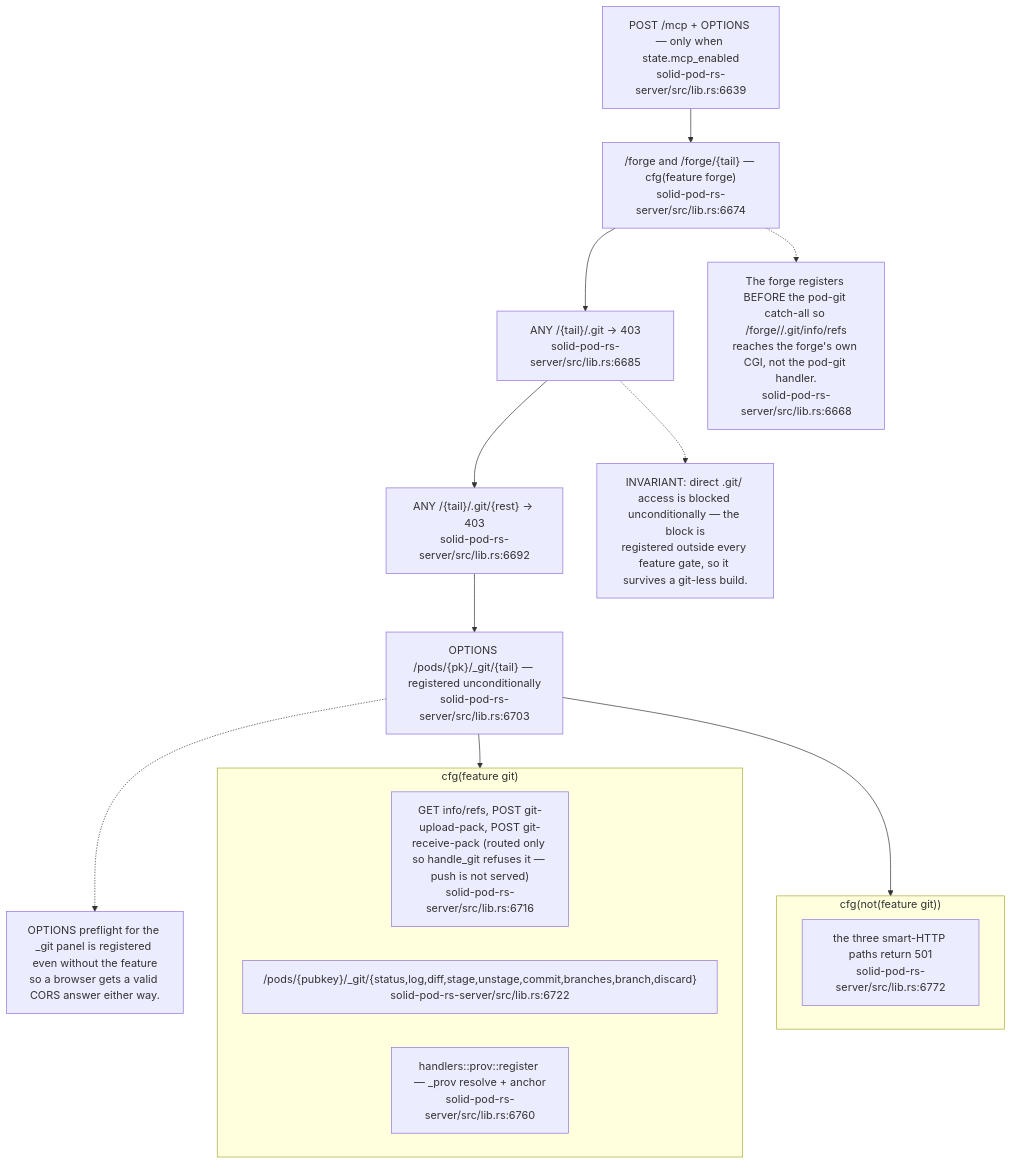
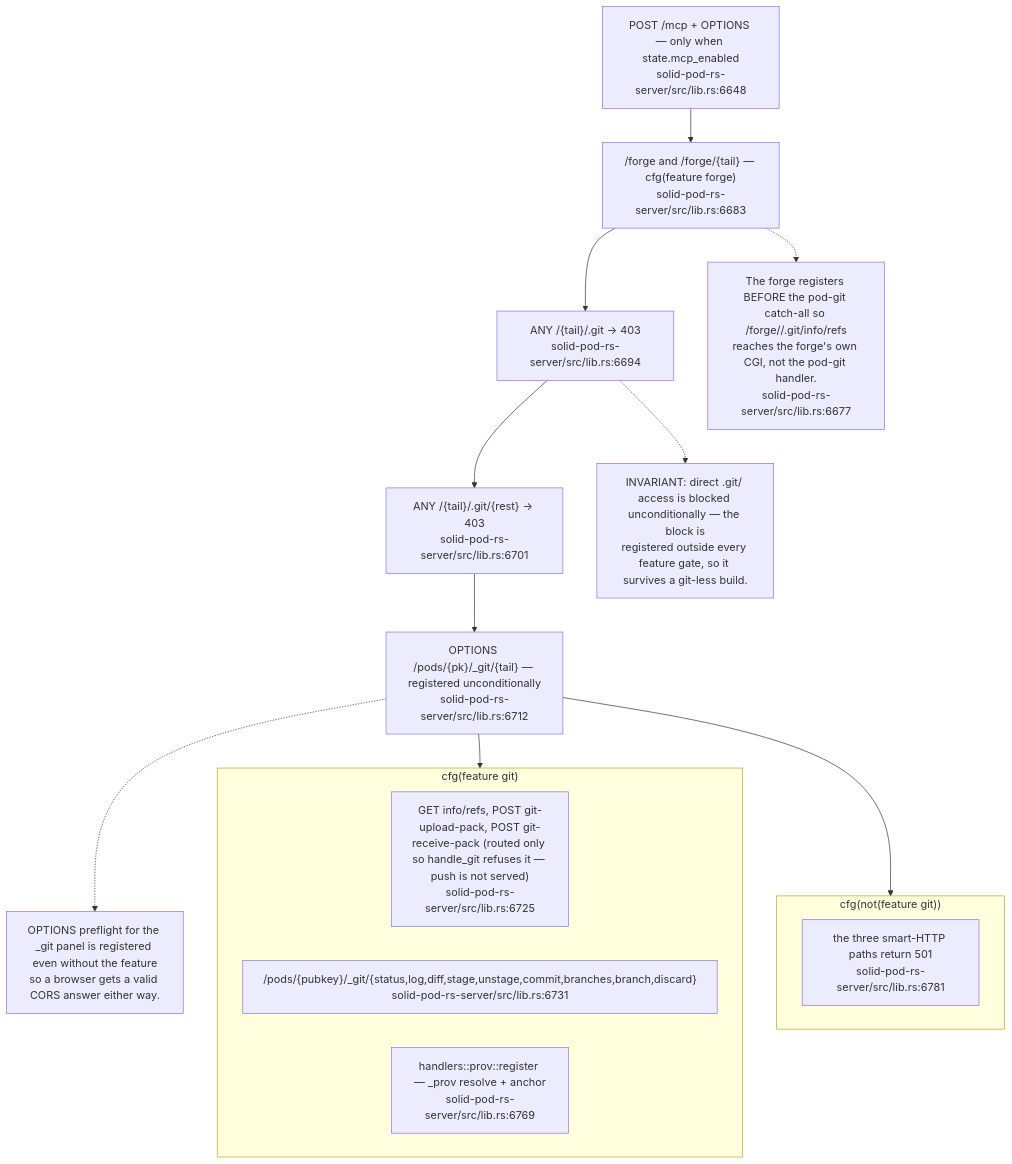
Before and after one commit to DreamLab-AI/VisionFlow: the ninth of 13 diagrams in docs/diagrams/solid-pod-rs/02-server-boot-and-routes.md, drawn with Mermaid. The commit also changed other lines of this file and 18 other files, not shown here.

First line of the commit message:
docs(diagrams): freeze panels for fixed defects and add successors at the fix revisions

````diff
--- a/docs/diagrams/solid-pod-rs/02-server-boot-and-routes.md
+++ b/docs/diagrams/solid-pod-rs/02-server-boot-and-routes.md
@@ -311,27 +311,27 @@
 ```mermaid
 flowchart TD
-    MCP["POST /mcp + OPTIONS — only when state.mcp_enabled<br/>solid-pod-rs-server/src/lib.rs:6639"]
-    FORGE["/forge and /forge/{tail} — cfg(feature forge)<br/>solid-pod-rs-server/src/lib.rs:6674"]
-    BLOCK1["ANY /{tail}/.git -> 403<br/>solid-pod-rs-server/src/lib.rs:6685"]
-    BLOCK2["ANY /{tail}/.git/{rest} -> 403<br/>solid-pod-rs-server/src/lib.rs:6692"]
-    PANEL_OPT["OPTIONS /pods/{pk}/_git/{tail} — registered unconditionally<br/>solid-pod-rs-server/src/lib.rs:6703"]
+    MCP["POST /mcp + OPTIONS — only when state.mcp_enabled<br/>solid-pod-rs-server/src/lib.rs:6648"]
+    FORGE["/forge and /forge/{tail} — cfg(feature forge)<br/>solid-pod-rs-server/src/lib.rs:6683"]
+    BLOCK1["ANY /{tail}/.git -> 403<br/>solid-pod-rs-server/src/lib.rs:6694"]
+    BLOCK2["ANY /{tail}/.git/{rest} -> 403<br/>solid-pod-rs-server/src/lib.rs:6701"]
+    PANEL_OPT["OPTIONS /pods/{pk}/_git/{tail} — registered unconditionally<br/>solid-pod-rs-server/src/lib.rs:6712"]
 
     subgraph GITON["cfg(feature git)"]
-        SMART["GET info/refs, POST git-upload-pack, POST git-receive-pack (routed only so handle_git refuses it — push is not served)<br/>solid-pod-rs-server/src/lib.rs:6716"]
-        PANEL["/pods/{pubkey}/_git/{status,log,diff,stage,unstage,commit,branches,branch,discard}<br/>solid-pod-rs-server/src/lib.rs:6722"]
-        PROVR["handlers::prov::register — _prov resolve + anchor<br/>solid-pod-rs-server/src/lib.rs:6760"]
+        SMART["GET info/refs, POST git-upload-pack, POST git-receive-pack (routed only so handle_git refuses it — push is not served)<br/>solid-pod-rs-server/src/lib.rs:6725"]
+        PANEL["/pods/{pubkey}/_git/{status,log,diff,stage,unstage,commit,branches,branch,discard}<br/>solid-pod-rs-server/src/lib.rs:6731"]
+        PROVR["handlers::prov::register — _prov resolve + anchor<br/>solid-pod-rs-server/src/lib.rs:6769"]
     end
     subgraph GITOFF["cfg(not(feature git))"]
-        R501["the three smart-HTTP paths return 501<br/>solid-pod-rs-server/src/lib.rs:6772"]
+        R501["the three smart-HTTP paths return 501<br/>solid-pod-rs-server/src/lib.rs:6781"]
     end
 
     MCP --> FORGE --> BLOCK1 --> BLOCK2 --> PANEL_OPT --> GITON
     PANEL_OPT --> GITOFF
 
     N1["INVARIANT: direct .git/ access is blocked unconditionally — the block is\nregistered outside every feature gate, so it survives a git-less build."]
     BLOCK1 -.-> N1
-    N2["The forge registers BEFORE the pod-git catch-all so /forge/<o>/<n>.git/info/refs\nreaches the forge's own CGI, not the pod-git handler.<br/>solid-pod-rs-server/src/lib.rs:6668"]
+    N2["The forge registers BEFORE the pod-git catch-all so /forge/<o>/<n>.git/info/refs\nreaches the forge's own CGI, not the pod-git handler.<br/>solid-pod-rs-server/src/lib.rs:6677"]
     FORGE -.-> N2
     N3["OPTIONS preflight for the _git panel is registered even without the feature\nso a browser gets a valid CORS answer either way."]
     PANEL_OPT -.-> N3
 ```
````
